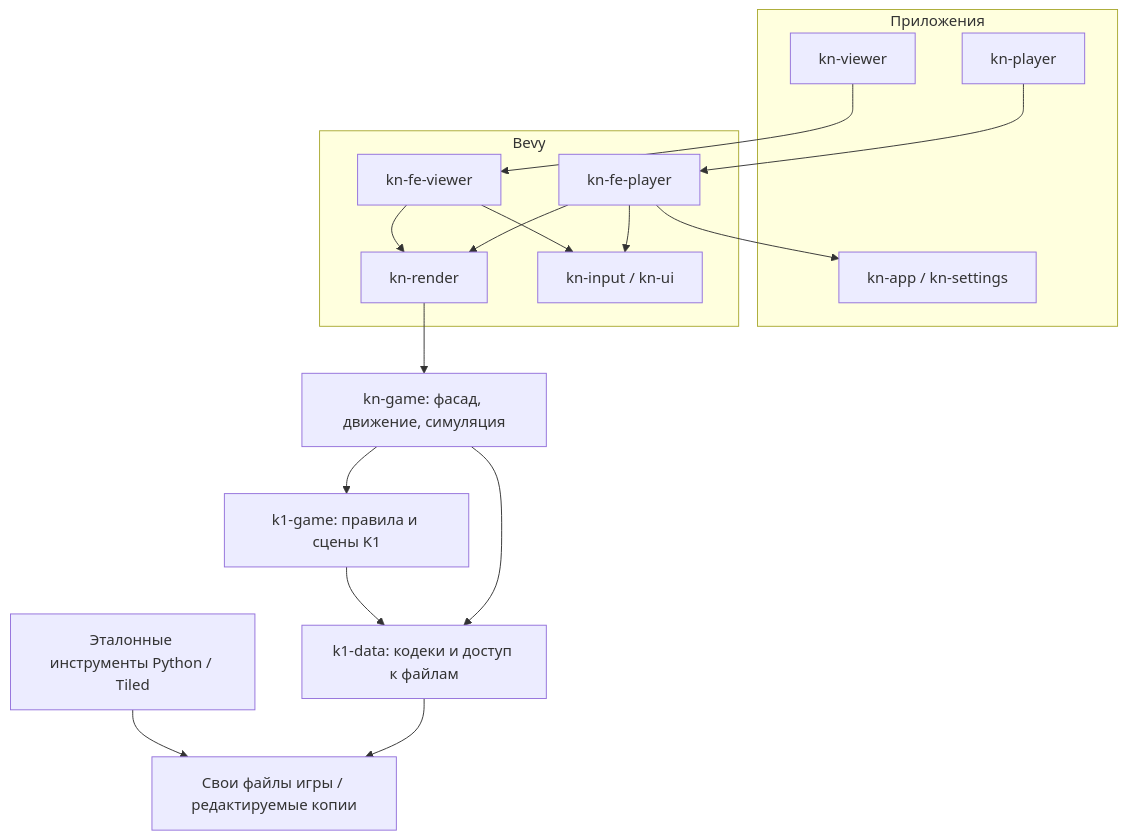
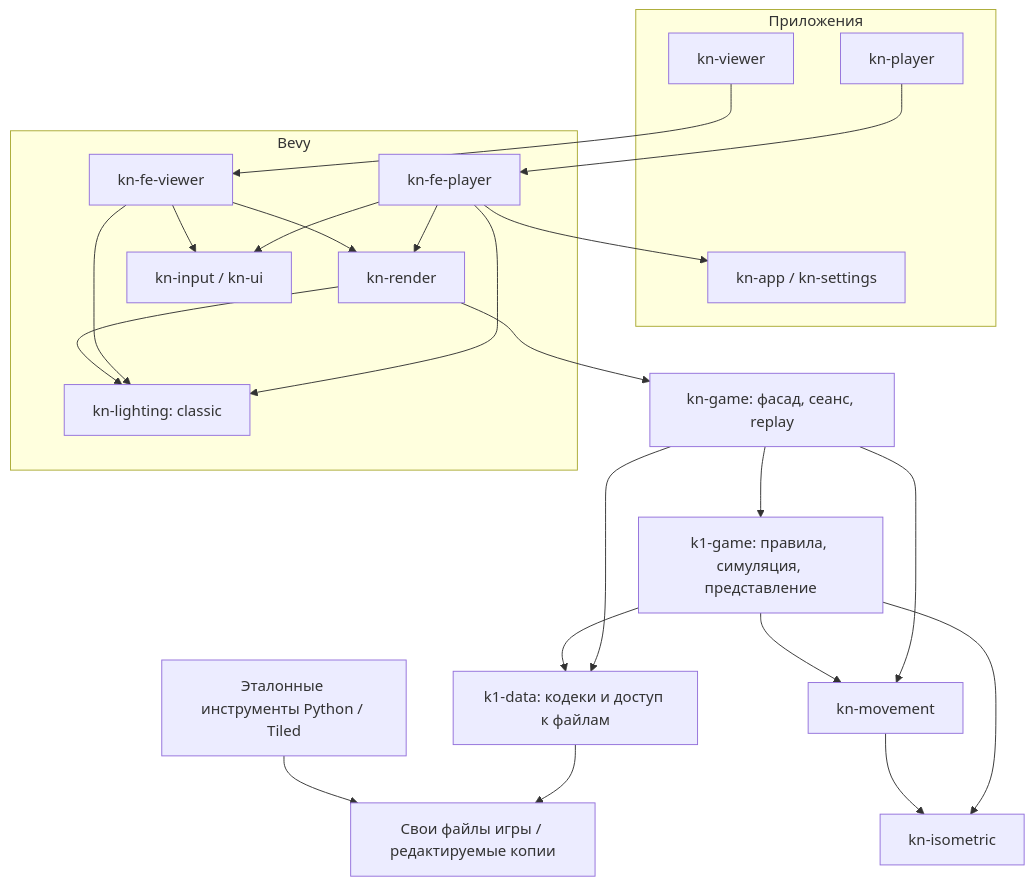
The diagram in ARCHITECTURE.md (shpaker/re-konung), drawn with Mermaid before and after one commit. The commit also changed other lines of this file and 140 other files, not shown here.

Commit message:
refactor(arch): separate geometry, movement and lighting (#143)

````diff
--- a/ARCHITECTURE.md
+++ b/ARCHITECTURE.md
@@ -28,32 +28,40 @@
 ```mermaid
 flowchart TB
     subgraph Applications[Приложения]
         player[kn-player]
         viewer[kn-viewer]
         core[kn-app / kn-settings]
     end
     subgraph Bevy
         fp[kn-fe-player]
         fv[kn-fe-viewer]
         render[kn-render]
+        lighting[kn-lighting: classic]
         mechanisms[kn-input / kn-ui]
     end
-    game[kn-game: фасад, движение, симуляция]
-    k1[k1-game: правила и сцены K1]
+    game[kn-game: фасад, сеанс, replay]
+    k1[k1-game: правила, симуляция, представление]
     data[k1-data: кодеки и доступ к файлам]
     files[Свои файлы игры / редактируемые копии]
     reference[Эталонные инструменты Python / Tiled]
     player --> fp
     viewer --> fv
     fp --> core
     fp --> render
     fv --> render
     fp --> mechanisms
     fv --> mechanisms
+    fp --> lighting
+    fv --> lighting
+    render --> lighting
     render --> game
     game --> k1
     game --> data
     k1 --> data
+    game --> movement[kn-movement]
+    k1 --> movement
+    k1 --> iso[kn-isometric]
+    movement --> iso
     data --> files
     reference --> files
 ```
````
